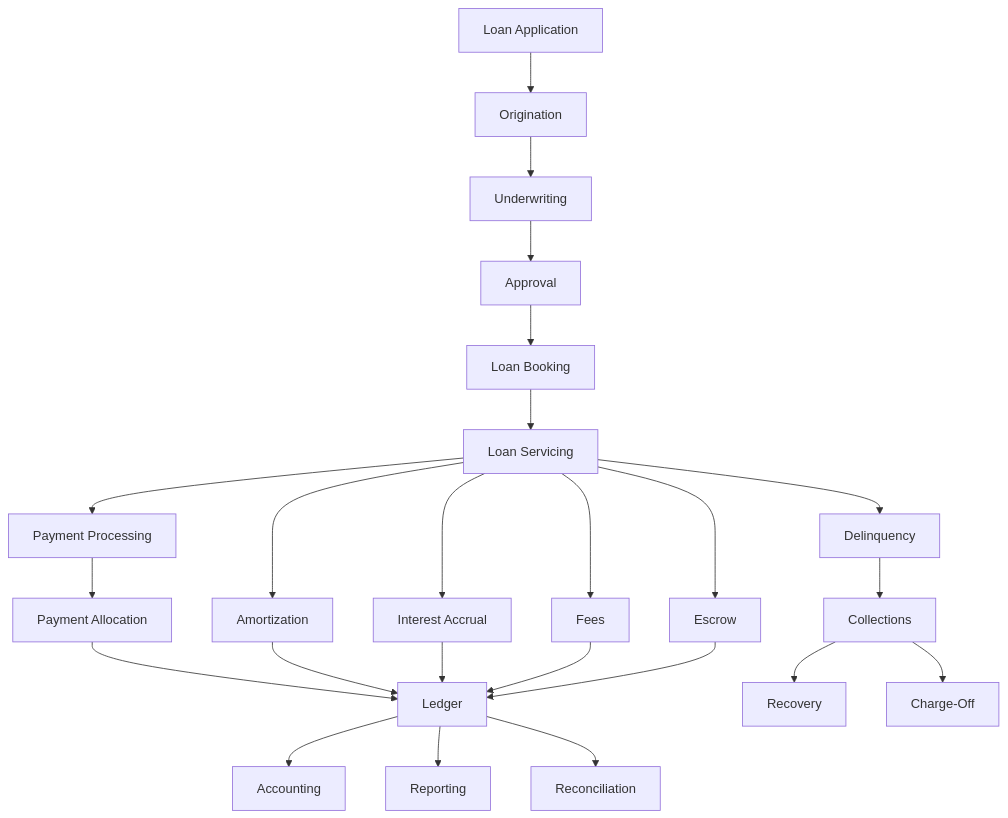
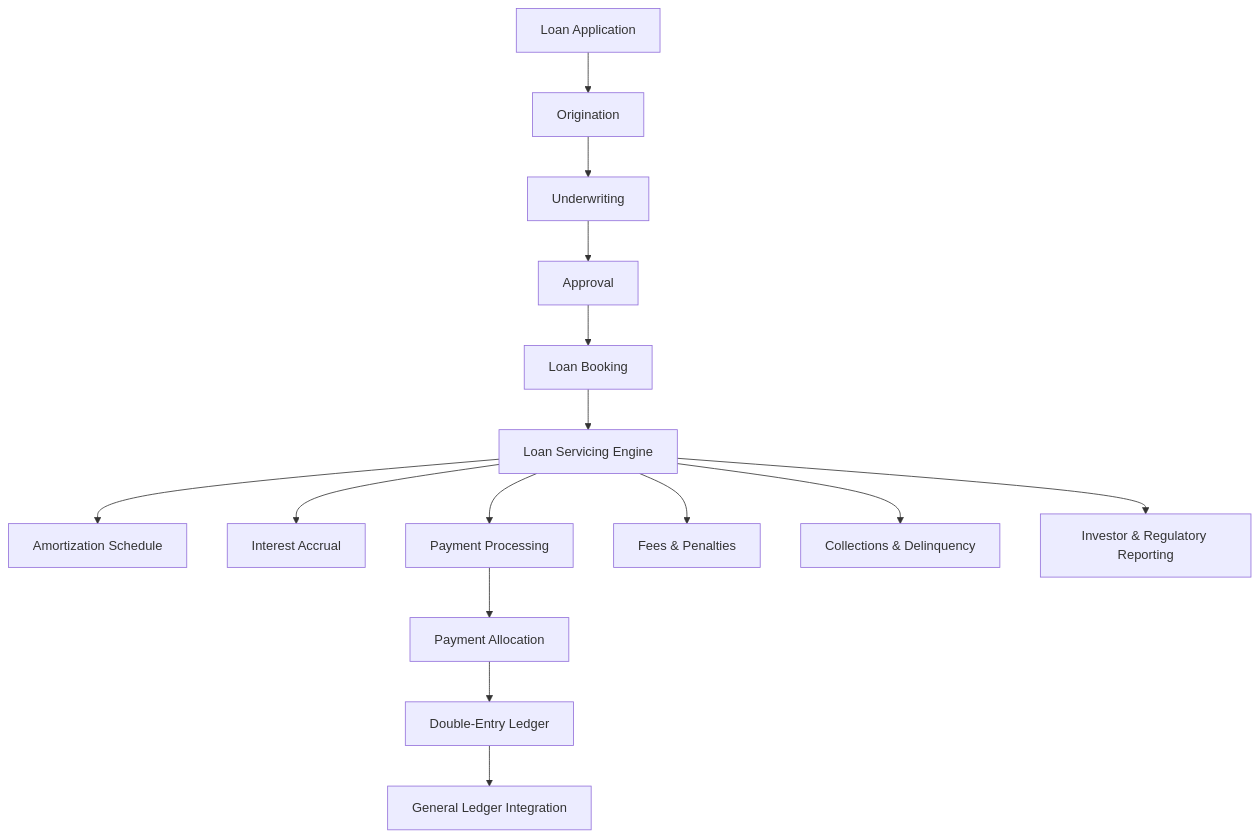
Before and after one commit to ishandutta2007/Awesome-Loan-Servicing-Platform: the first of 2 diagrams in README.md, drawn with Mermaid. The commit also changed other lines of this file and 1 other file, not shown here.

````diff
--- a/README.md
+++ b/README.md
@@ -1373,67 +314,17 @@
 ```mermaid
-
 flowchart TD
-
-
-
     A[Loan Application] --> B[Origination]
-
     B --> C[Underwriting]
-
     C --> D[Approval]
-
     D --> E[Loan Booking]
-
-
-
-    E --> F[Loan Servicing]
-
-
-
-    F --> G[Amortization]
-
+    E --> F[Loan Servicing Engine]
+    F --> G[Amortization Schedule]
     F --> H[Interest Accrual]
-
     F --> I[Payment Processing]
-
-    F --> J[Fees]
-
-    F --> K[Escrow]
-
-    F --> L[Delinquency]
-
-
-
-    I --> M[Payment Allocation]
-
-    M --> N[Ledger]
-
-
-
-    G --> N
-
-    H --> N
-
-    J --> N
-
-    K --> N
-
-
-
-    L --> O[Collections]
-
-
-
-    O --> P[Recovery]
-
-    O --> Q[Charge-Off]
-
-
-
-    N --> R[Accounting]
-
-    N --> S[Reporting]
-
-    N --> T[Reconciliation]
-
+    F --> J[Fees & Penalties]
+    I --> K[Payment Allocation]
+    K --> L[Double-Entry Ledger]
+    L --> M[General Ledger Integration]
+    F --> N[Collections & Delinquency]
+    F --> O[Investor & Regulatory Reporting]
 ```
````
